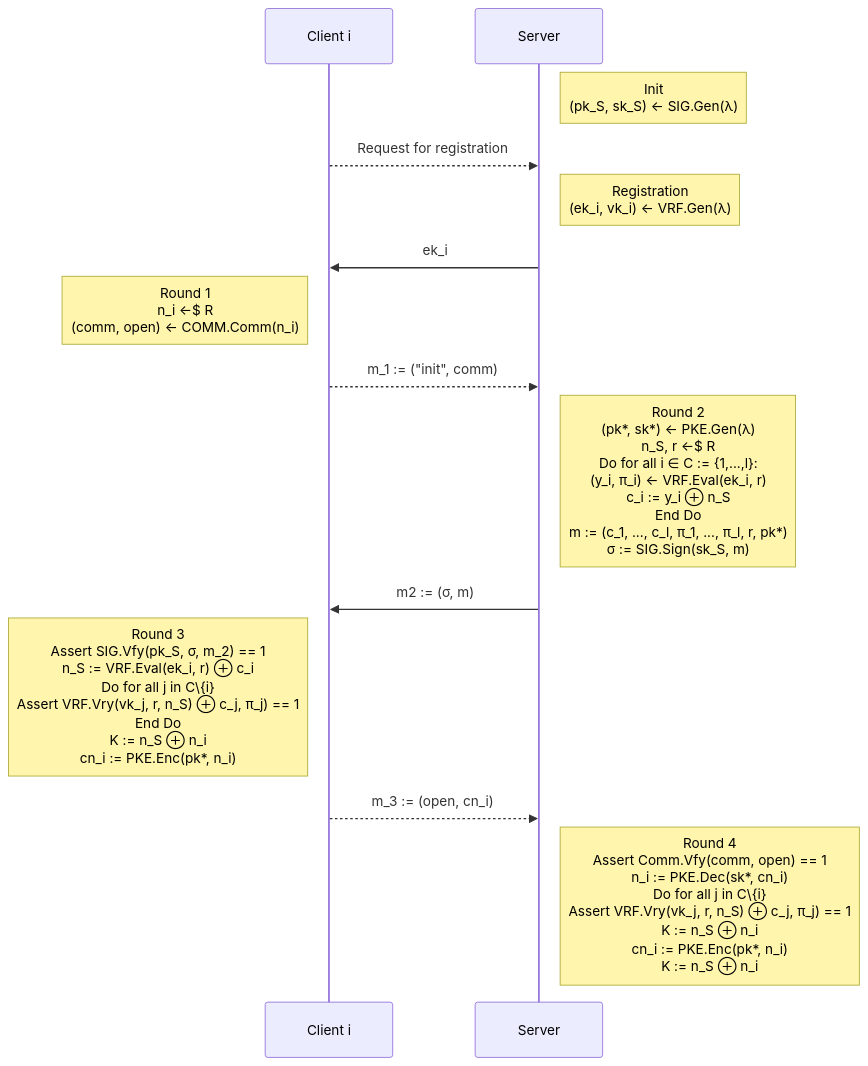
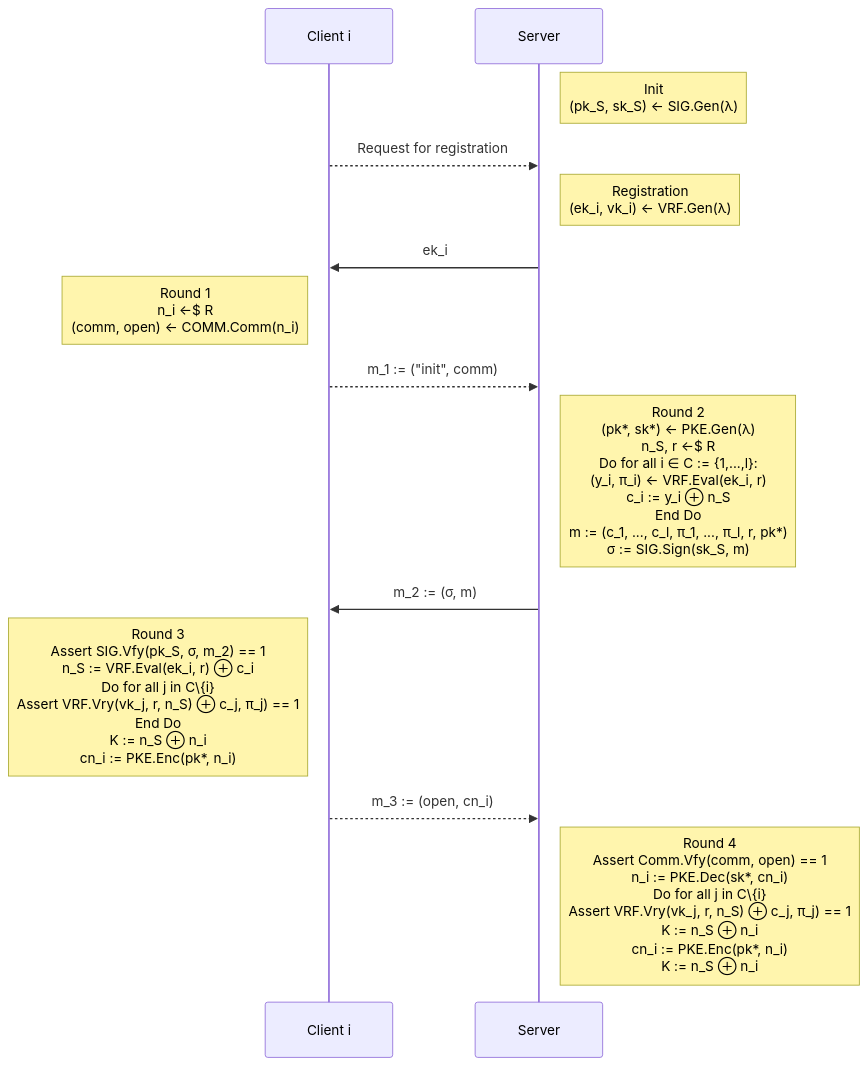
The diagram in README.md (jiep/generic-anon-ake), drawn with Mermaid before and after one commit.

Commit message:
[skip ci] Fix typo

````diff
--- a/README.md
+++ b/README.md
@@ -21,16 +21,16 @@
 ```mermaid
 sequenceDiagram
 participant Client i
 participant Server
 Note right of Server: Init<br/>(pk_S, sk_S) <- SIG.Gen(λ)
 Client i -->> Server: Request for registration
 Note right of Server: Registration<br/>(ek_i, vk_i) <- VRF.Gen(λ)
 Server ->> Client i: ek_i
 Note left of Client i: Round 1<br />n_i <-$ R<br />(comm, open) <- COMM.Comm(n_i)
 Client i -->> Server: m_1 := ("init", comm)
 Note right of Server: Round 2<br />(pk*, sk*) <- PKE.Gen(λ)<br />n_S, r <-$ R<br />Do for all i ∈ C := {1,...,l}:<br />(y_i, π_i) <- VRF.Eval(ek_i, r)<br />c_i := y_i ⊕ n_S <br />End Do<br />m := (c_1, ..., c_l, π_1, ..., π_l, r, pk*)<br/>σ := SIG.Sign(sk_S, m)
-Server ->> Client i: m2 := (σ, m)
+Server ->> Client i: m_2 := (σ, m)
 Note left of Client i: Round 3<br />Assert SIG.Vfy(pk_S, σ, m_2) == 1<br />n_S := VRF.Eval(ek_i, r) ⊕ c_i<br/>Do for all j in C\{i}<br/>Assert VRF.Vry(vk_j, r, n_S) ⊕ c_j, π_j) == 1<br/>End Do<br/> K := n_S ⊕ n_i<br/>cn_i := PKE.Enc(pk*, n_i) 
 Client i -->> Server: m_3 := (open, cn_i)
 Note right of Server: Round 4<br />Assert Comm.Vfy(comm, open) == 1<br />n_i := PKE.Dec(sk*, cn_i)<br/>Do for all j in C\{i}<br/>Assert VRF.Vry(vk_j, r, n_S) ⊕ c_j, π_j) == 1<br/> K := n_S ⊕ n_i<br/>cn_i := PKE.Enc(pk*, n_i)<br/>K := n_S ⊕ n_i
 ```
````
